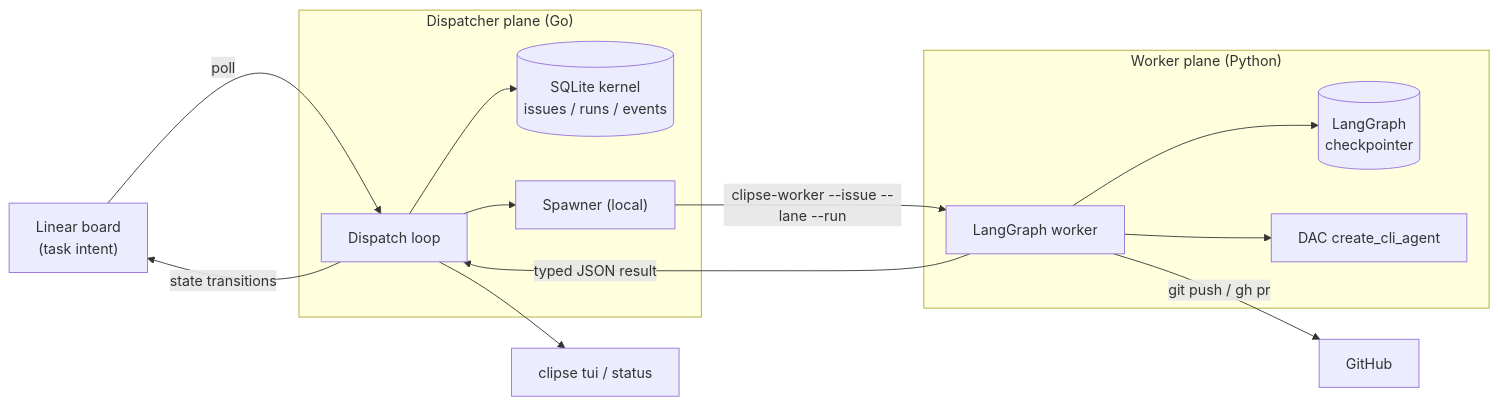
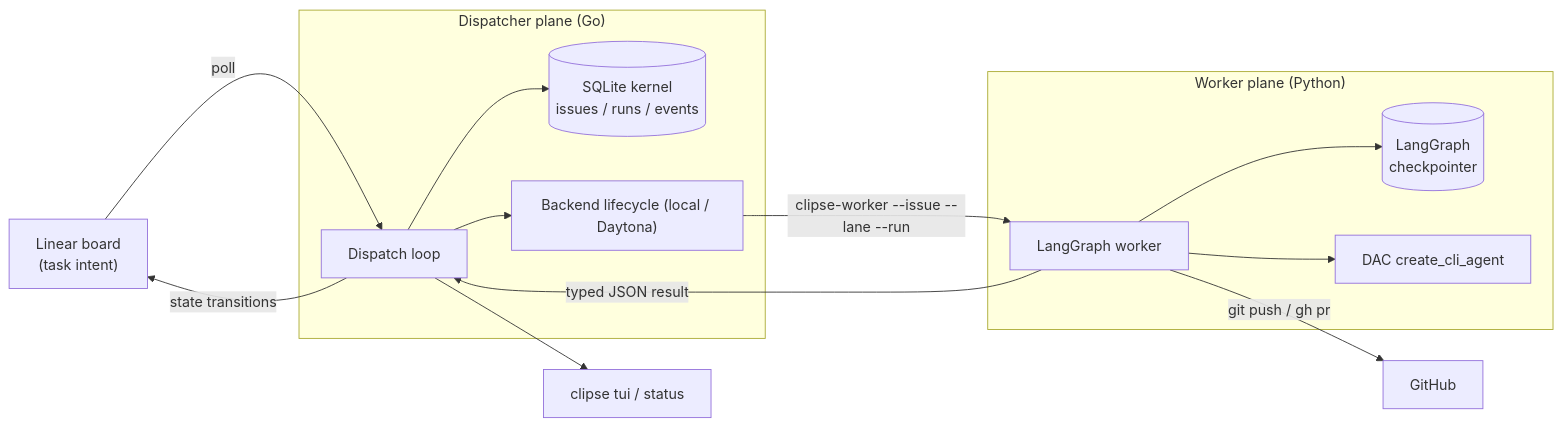
The first of 2 diagrams in docs/design/2026-07-01-clipse-design.md (xlyk/clipse), drawn with Mermaid before and after one commit. The commit also changed other lines of this file and 27 other files, not shown here.

````diff
--- a/docs/design/2026-07-01-clipse-design.md
+++ b/docs/design/2026-07-01-clipse-design.md
@@ -64,17 +72,17 @@
 ```mermaid
 flowchart LR
   Linear["Linear board<br/>(task intent)"] -->|poll| Kernel
   subgraph GoPlane["Dispatcher plane (Go)"]
     Kernel["Dispatch loop"] --> Store[("SQLite kernel<br/>issues / runs / events")]
-    Kernel --> Spawn["Spawner (local)"]
+    Kernel --> Spawn["Backend lifecycle (local / Daytona)"]
   end
   Spawn -->|"clipse-worker --issue --lane --run"| Worker
   subgraph PyPlane["Worker plane (Python)"]
     Worker["LangGraph worker"] --> Ckpt[("LangGraph<br/>checkpointer")]
     Worker --> DAC["DAC create_cli_agent"]
   end
   Worker -->|typed JSON result| Kernel
   Worker -->|git push / gh pr| GitHub["GitHub"]
   Kernel -->|state transitions| Linear
   Kernel --> TUI["clipse tui / status"]
 ```
````
